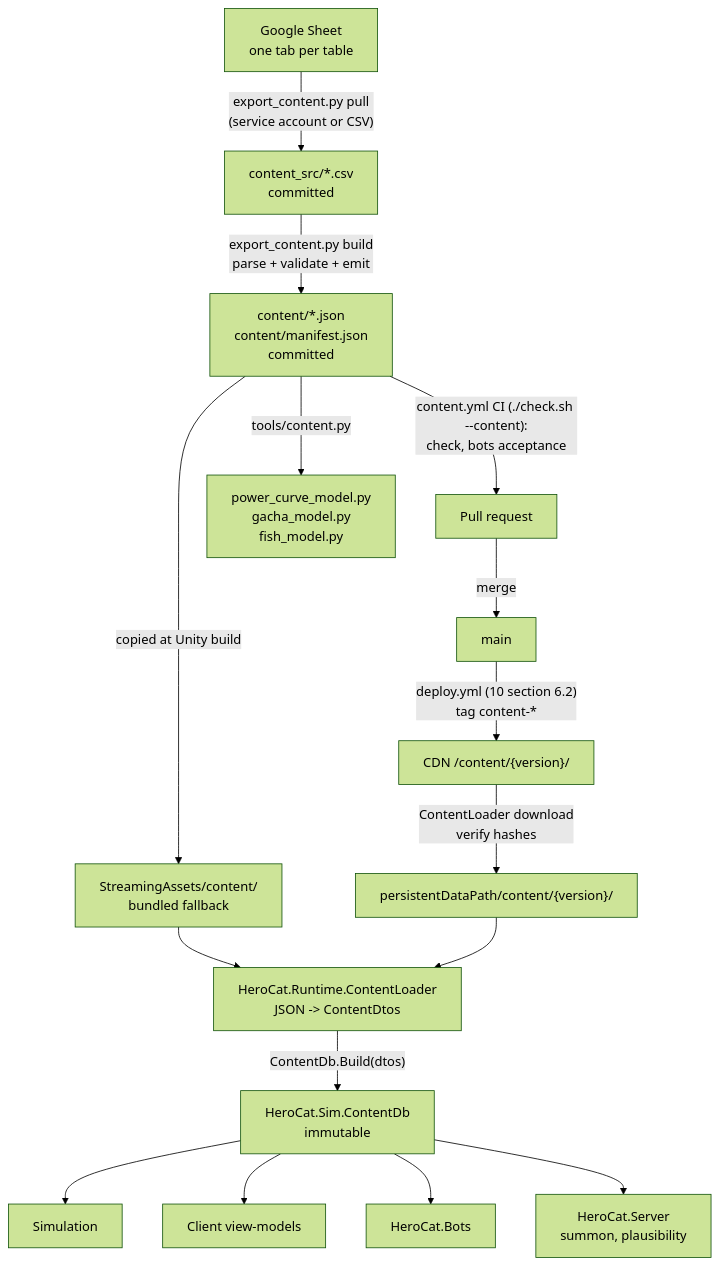
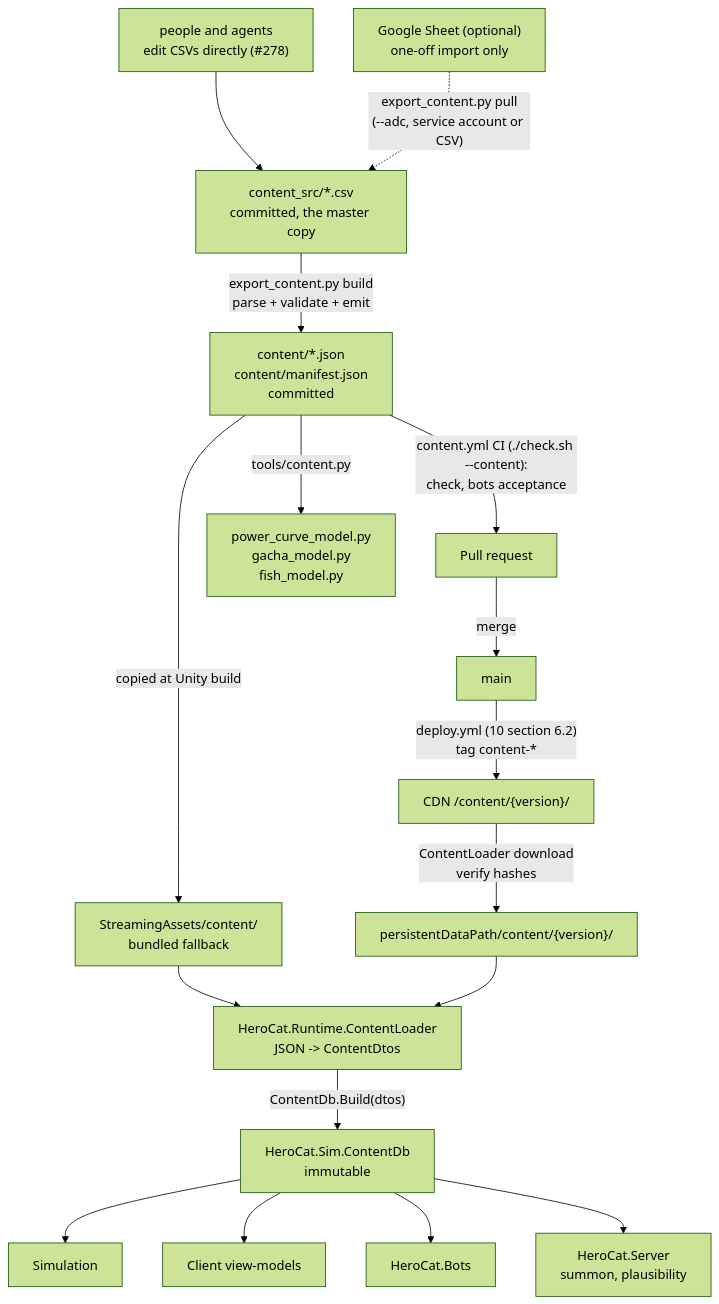
Before and after one commit to kjew2/herocat: the first of 2 diagrams in specs/09-content-data-pipeline.md, drawn with Mermaid (forest theme). The commit also changed other lines of this file and 3 other files, not shown here.

First line of the commit message:
Content: content_src CSVs are the master copy; Sheet sync parked (#278)

````diff
--- a/specs/09-content-data-pipeline.md
+++ b/specs/09-content-data-pipeline.md
@@ -20,18 +20,19 @@
 ```mermaid
 flowchart TD
-    Sheet["Google Sheet<br/>one tab per table"] -->|"export_content.py pull<br/>(service account or CSV)"| CSV["content_src/*.csv<br/>committed"]
+    Edit["people and agents<br/>edit CSVs directly (#278)"] --> CSV["content_src/*.csv<br/>committed, the master copy"]
+    Sheet["Google Sheet (optional)<br/>one-off import only"] -.->|"export_content.py pull<br/>(--adc, service account or CSV)"| CSV
     CSV -->|"export_content.py build<br/>parse + validate + emit"| JSON["content/*.json<br/>content/manifest.json<br/>committed"]
     JSON -->|"content.yml CI (./check.sh --content):<br/>check, bots acceptance"| PR["Pull request"]
     PR -->|"merge"| Main["main"]
     Main -->|"deploy.yml (10 section 6.2)<br/>tag content-*"| CDN["CDN /content/{version}/"]
     JSON -->|"copied at Unity build"| SA["StreamingAssets/content/<br/>bundled fallback"]
     CDN -->|"ContentLoader download<br/>verify hashes"| Cache["persistentDataPath/content/{version}/"]
     SA --> Loader["HeroCat.Runtime.ContentLoader<br/>JSON -> ContentDtos"]
     Cache --> Loader
     Loader -->|"ContentDb.Build(dtos)"| DB["HeroCat.Sim.ContentDb<br/>immutable"]
     DB --> Sim["Simulation"]
     DB --> VM["Client view-models"]
     DB --> Bots["HeroCat.Bots"]
     DB --> Server["HeroCat.Server<br/>summon, plausibility"]
     JSON -->|"tools/content.py"| Py["power_curve_model.py<br/>gacha_model.py<br/>fish_model.py"]
 ```
````
